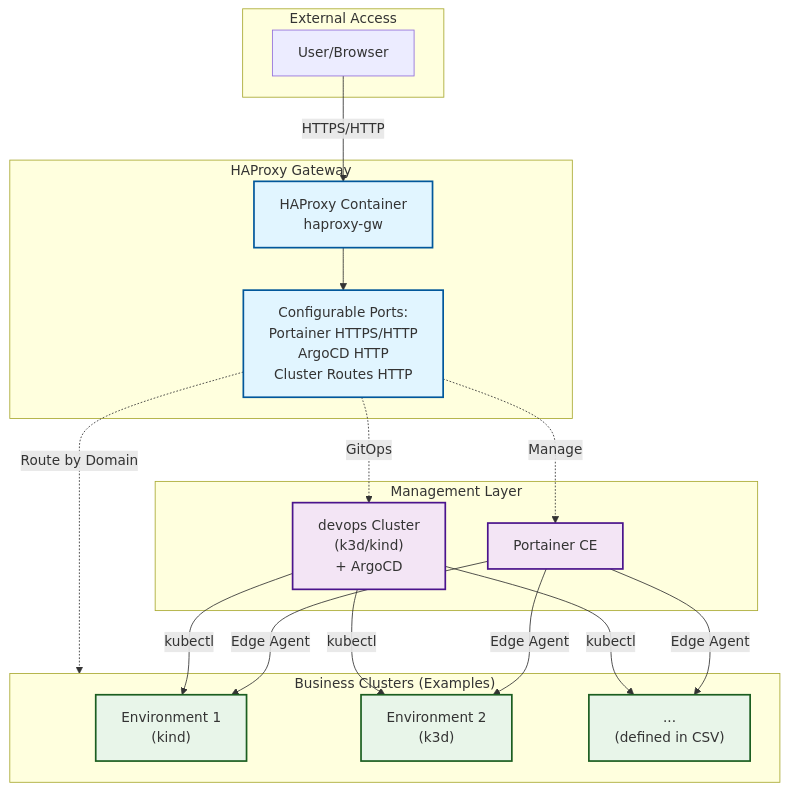
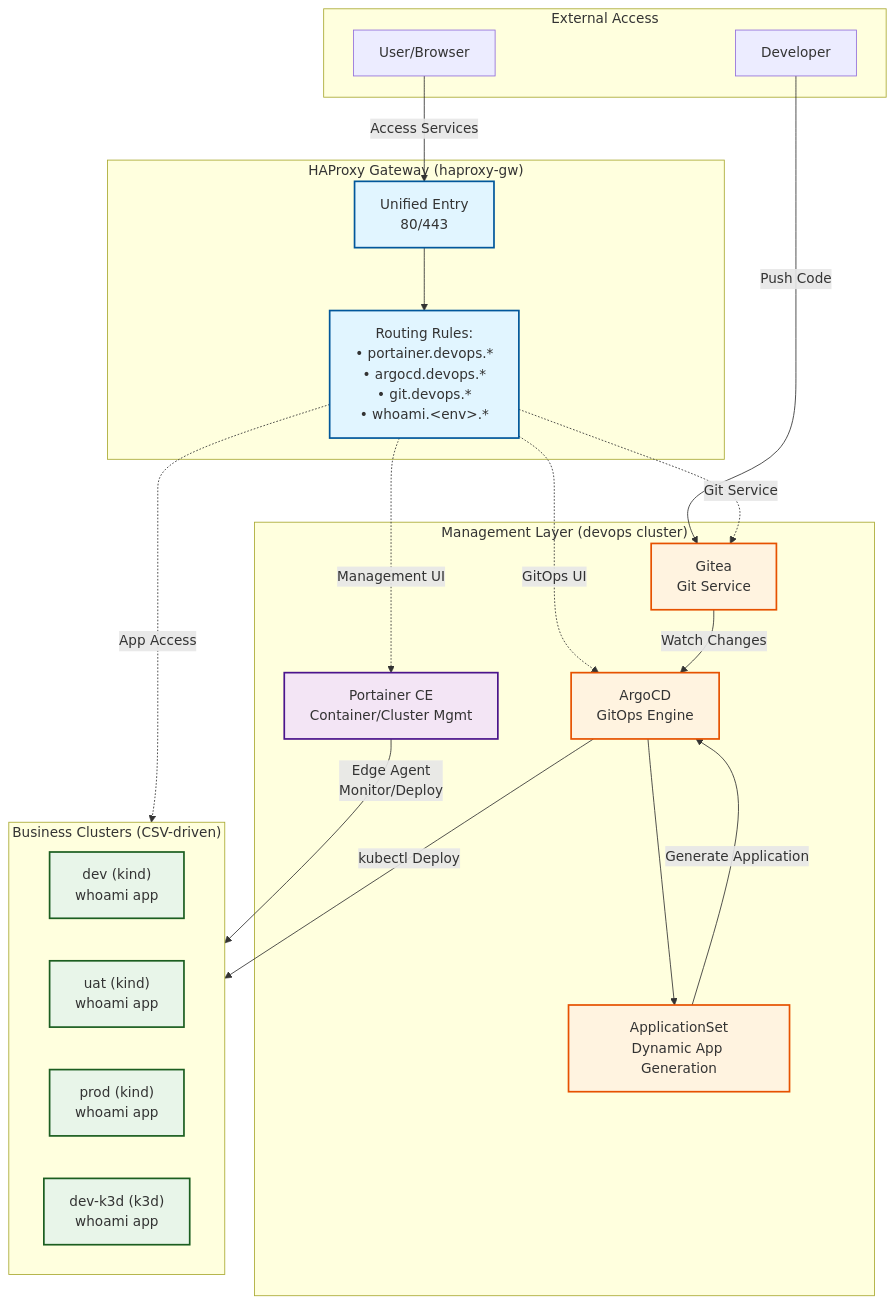
Before and after one commit to HofmannHe/Kindler: the first of 2 diagrams in README.md, drawn with Mermaid. The commit also changed other lines of this file and 1 other file, not shown here.

````diff
--- a/README.md
+++ b/README.md
@@ -23,44 +23,52 @@
 ```mermaid
 graph TB
     subgraph External["External Access"]
         USER[User/Browser]
+        DEV[Developer]
     end
 
-    subgraph Gateway["HAProxy Gateway"]
-        HAP[HAProxy Container<br/>haproxy-gw]
-        PORTS["Configurable Ports:<br/>Portainer HTTPS/HTTP<br/>ArgoCD HTTP<br/>Cluster Routes HTTP"]
+    subgraph Gateway["HAProxy Gateway (haproxy-gw)"]
+        HAP[Unified Entry<br/>80/443]
+        ROUTES["Routing Rules:<br/>• portainer.devops.*<br/>• argocd.devops.*<br/>• git.devops.*<br/>• whoami.&lt;env&gt;.*"]
     end
 
-    subgraph Management["Management Layer"]
-        PORT[Portainer CE]
-        DEVOPS["devops Cluster<br/>(k3d/kind)<br/>+ ArgoCD"]
+    subgraph Management["Management Layer (devops cluster)"]
+        PORT[Portainer CE<br/>Container/Cluster Mgmt]
+        GITEA[Gitea<br/>Git Service]
+        ARGOCD[ArgoCD<br/>GitOps Engine]
+        APPSET[ApplicationSet<br/>Dynamic App Generation]
     end
 
-    subgraph Business["Business Clusters (Examples)"]
-        ENV1["Environment 1<br/>(kind)"]
-        ENV2["Environment 2<br/>(k3d)"]
-        ENVN["...<br/>(defined in CSV)"]
+    subgraph Business["Business Clusters (CSV-driven)"]
+        ENV1["dev (kind)<br/>whoami app"]
+        ENV2["uat (kind)<br/>whoami app"]
+        ENV3["prod (kind)<br/>whoami app"]
+        ENV4["dev-k3d (k3d)<br/>whoami app"]
     end
 
-    USER -->|HTTPS/HTTP| HAP
-    HAP --> PORTS
-    PORTS -.->|Manage| PORT
-    PORTS -.->|GitOps| DEVOPS
-    PORTS -.->|Route by Domain| Business
+    USER -->|Access Services| HAP
+    DEV -->|Push Code| GITEA
 
-    PORT -->|Edge Agent| ENV1
-    PORT -->|Edge Agent| ENV2
-    PORT -->|Edge Agent| ENVN
+    HAP --> ROUTES
+    ROUTES -.->|Management UI| PORT
+    ROUTES -.->|GitOps UI| ARGOCD
+    ROUTES -.->|Git Service| GITEA
+    ROUTES -.->|App Access| Business
 
-    DEVOPS -->|kubectl| ENV1
-    DEVOPS -->|kubectl| ENV2
-    DEVOPS -->|kubectl| ENVN
+    PORT -->|Edge Agent<br/>Monitor/Deploy| Business
+
+    GITEA -->|Watch Changes| ARGOCD
+    ARGOCD --> APPSET
+    APPSET -->|Generate Application| ARGOCD
+    ARGOCD -->|kubectl Deploy| Business
 
     classDef gateway fill:#e1f5ff,stroke:#01579b,stroke-width:2px
     classDef management fill:#f3e5f5,stroke:#4a148c,stroke-width:2px
     classDef business fill:#e8f5e9,stroke:#1b5e20,stroke-width:2px
+    classDef gitops fill:#fff3e0,stroke:#e65100,stroke-width:2px
 
-    class HAP,PORTS gateway
-    class PORT,DEVOPS management
-    class ENV1,ENV2,ENVN business
+    class HAP,ROUTES gateway
+    class PORT management
+    class GITEA,ARGOCD,APPSET gitops
+    class ENV1,ENV2,ENV3,ENV4 business
 ```
````
